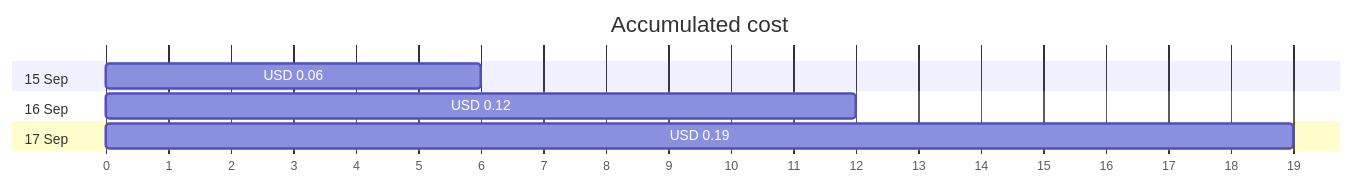
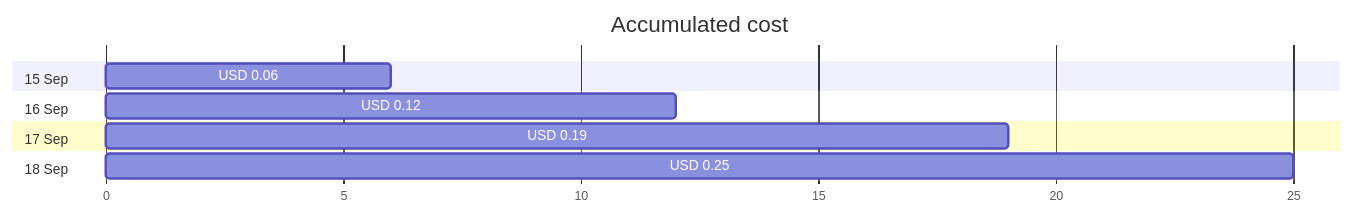
The first of 4 diagrams in cost-reports/personal-network/vpn-server_OsDisk.md (jpfulton/azure-personal-reports), drawn with Mermaid before and after one commit. The commit also changed other lines of this file and 17 other files, not shown here.

````diff
--- a/cost-reports/personal-network/vpn-server_OsDisk.md
+++ b/cost-reports/personal-network/vpn-server_OsDisk.md
@@ -20,12 +20,14 @@
 ```mermaid
 gantt
    title Accumulated cost
    dateFormat  X
    axisFormat %s
    section 15 Sep
    USD 0.06 :0, 6
    section 16 Sep
    USD 0.12 :0, 12
    section 17 Sep
    USD 0.19 :0, 19
+   section 18 Sep
+   USD 0.25 :0, 25
 ```
````
